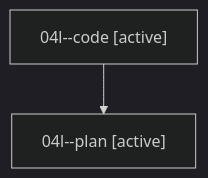
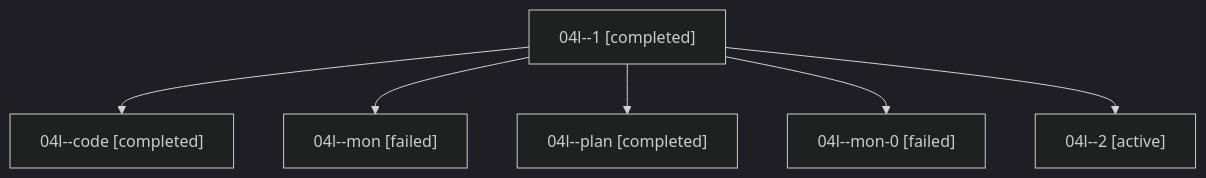
Before and after one commit to sase-org/sase--agents: the diagram in families/bbugyi200.athena.04l.md, drawn with Mermaid (dark theme). The commit also changed other lines of this file and 74 other files, not shown here.

````diff
--- a/families/bbugyi200.athena.04l.md
+++ b/families/bbugyi200.athena.04l.md
@@ -9,6 +9,14 @@
 ```mermaid
 flowchart TD
-  n0["04l--code [active]"]
-  n1["04l--plan [active]"]
+  n0["04l--1 [completed]"]
+  n1["04l--code [completed]"]
   n0 --> n1
+  n2["04l--mon [failed]"]
+  n0 --> n2
+  n3["04l--plan [completed]"]
+  n0 --> n3
+  n4["04l--mon-0 [failed]"]
+  n0 --> n4
+  n5["04l--2 [active]"]
+  n0 --> n5
 ```
````
